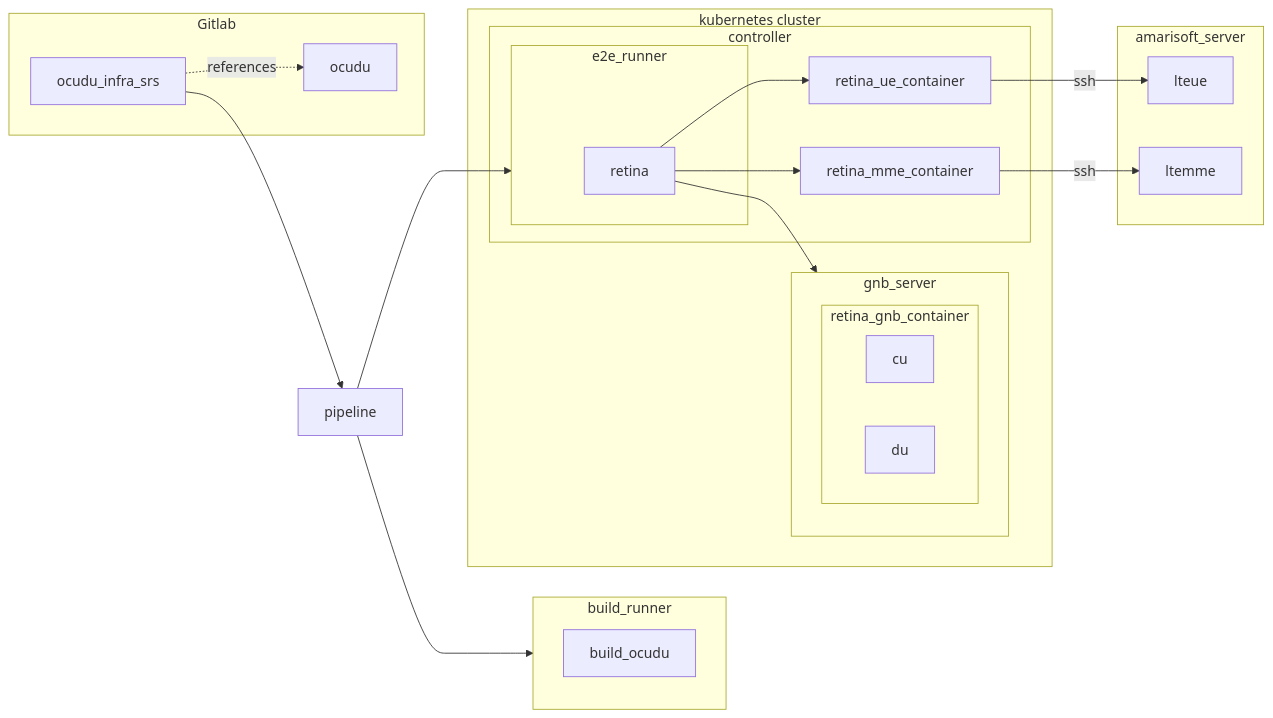
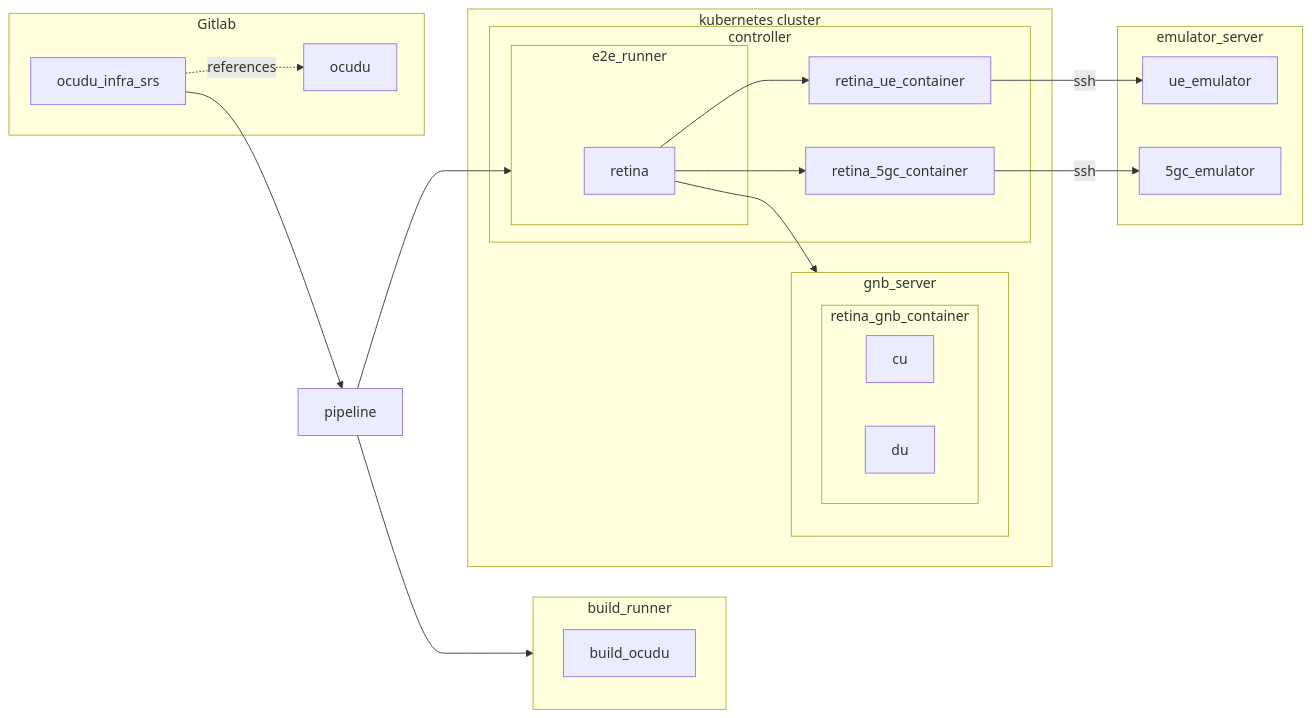
Before and after one commit to ocudu/ocudu_infra_srs: the diagram in README.md, drawn with Mermaid. The commit also changed 1 other file, not shown here.

````diff
--- a/README.md
+++ b/README.md
@@ -19,43 +19,43 @@
 ```mermaid
 graph LR
     subgraph "Gitlab"
         ocudu
         ocudu_infra_srs -.->|references| ocudu
     end
 
     ocudu_infra_srs --> pipeline
 
     pipeline --> build_runner
     pipeline --> e2e_runner
 
     subgraph build_runner
         build_ocudu
     end
 
     subgraph e2e_runner
         retina
     end
 
     retina --> gnb_server
     retina --> retina_ue_container
-    retina --> retina_mme_container
+    retina --> retina_5gc_container
 
-    subgraph amarisoft_server
-        lteue
-        ltemme
+    subgraph emulator_server
+        ue_emulator
+        5gc_emulator
     end
 
     subgraph "kubernetes cluster"
         subgraph "gnb_server"
             subgraph retina_gnb_container
                 cu
                 du
             end
         end
         subgraph controller
             e2e_runner
-            retina_ue_container -->|ssh| lteue
-            retina_mme_container -->|ssh| ltemme
+            retina_ue_container -->|ssh| ue_emulator
+            retina_5gc_container -->|ssh| 5gc_emulator
         end
     end
 ```
````
